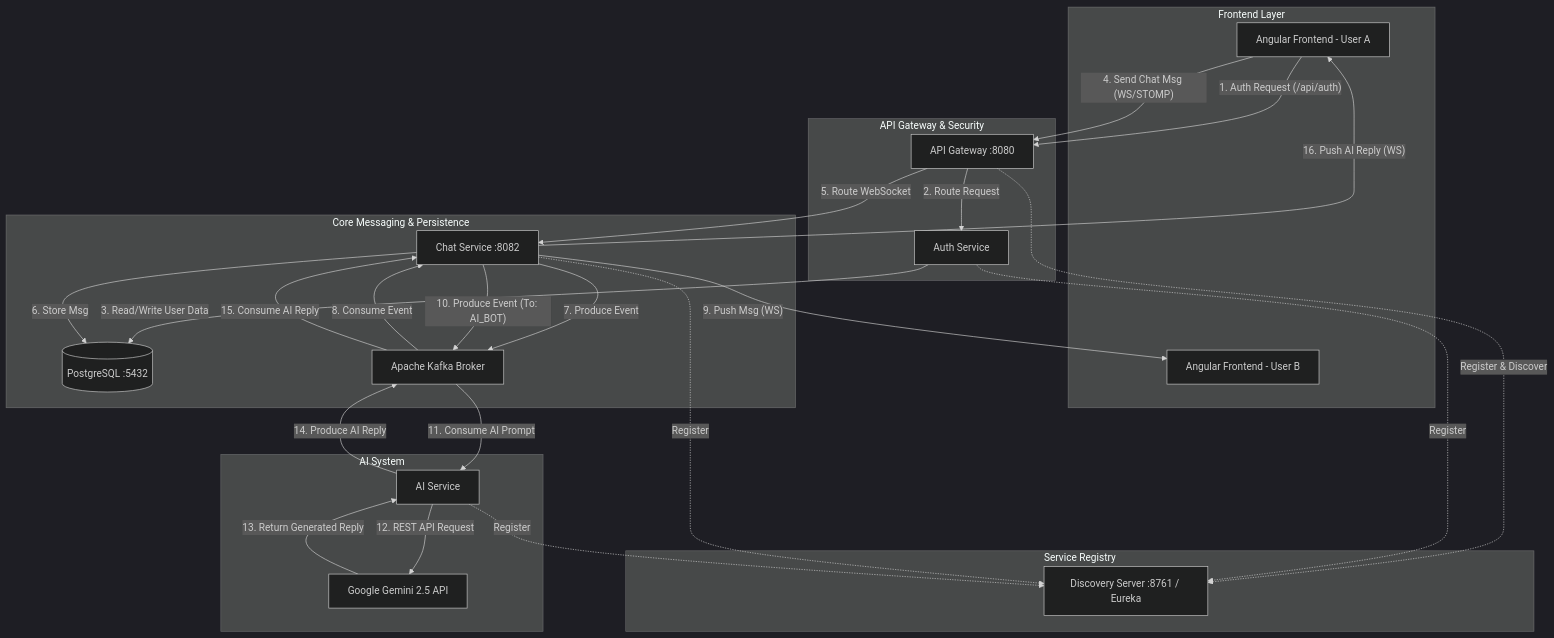
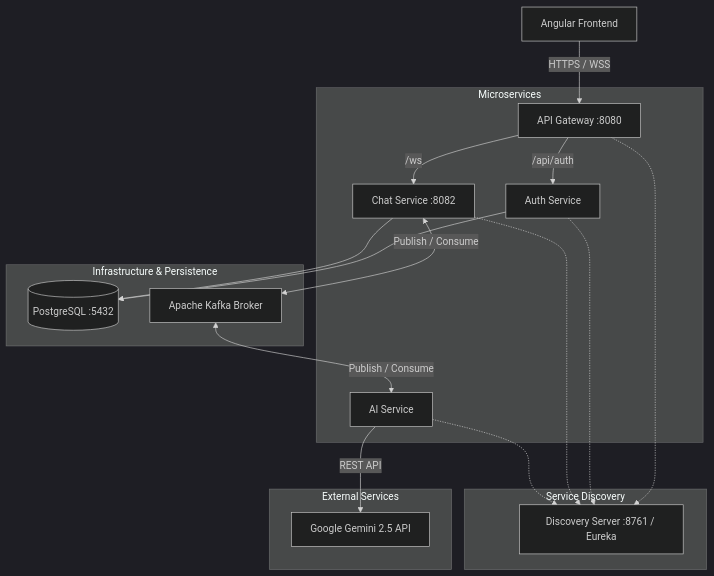
Before and after one commit to Shivam25032000/chat-app: the first of 2 diagrams in README.md, drawn with Mermaid (dark theme). The commit also changed other lines of this file, not shown here.

Commit message:
simplified flow e2e

````diff
--- a/README.md
+++ b/README.md
@@ -39,55 +41,32 @@
 ```mermaid
 graph TD
-    subgraph "Frontend Layer"
-        UserA[Angular Frontend - User A]
-        UserB[Angular Frontend - User B]
+    Client[Angular Frontend] -->|HTTPS / WSS| Gateway[API Gateway :8080]
+    
+    subgraph "Microservices"
+        Gateway -->|/api/auth| Auth[Auth Service]
+        Gateway -->|/ws| Chat[Chat Service :8082]
+        AIService[AI Service]
     end
 
-    subgraph "Service Registry"
+    subgraph "Service Discovery"
         Eureka[Discovery Server :8761 / Eureka]
+        Gateway -.-> Eureka
+        Auth -.-> Eureka
+        Chat -.-> Eureka
+        AIService -.-> Eureka
     end
 
-    subgraph "API Gateway & Security"
-        Gateway[API Gateway :8080]
-        Auth[Auth Service]
+    subgraph "Infrastructure & Persistence"
+        DB[(PostgreSQL :5432)]
+        Kafka[Apache Kafka Broker]
+        Auth --> DB
+        Chat --> DB
+        Chat <-->|"Publish / Consume"| Kafka
+        Kafka <-->|"Publish / Consume"| AIService
     end
 
-    subgraph "Core Messaging & Persistence"
-        Chat[Chat Service :8082]
-        DB[(PostgreSQL :5432)]
-        Kafka[Apache Kafka Broker]
+    subgraph "External Services"
+        Gemini[Google Gemini 2.5 API]
+        AIService -->|"REST API"| Gemini
     end
-
-    subgraph "AI System"
-        AIService[AI Service]
-        Gemini[Google Gemini 2.5 API]
-    end
-
-    %% Service Registration & Discovery
-    Gateway -.->|"Register & Discover"| Eureka
-    Auth -.->|"Register"| Eureka
-    Chat -.->|"Register"| Eureka
-    AIService -.->|"Register"| Eureka
-
-    %% Flow 1: Authentication
-    UserA -->|"1. Auth Request (/api/auth)"| Gateway
-    Gateway -->|"2. Route Request"| Auth
-    Auth -->|"3. Read/Write User Data"| DB
-
-    %% Flow 2: Human-to-Human Messaging
-    UserA -->|"4. Send Chat Msg (WS/STOMP)"| Gateway
-    Gateway -->|"5. Route WebSocket"| Chat
-    Chat -->|"6. Store Msg"| DB
-    Chat -->|"7. Produce Event"| Kafka
-    Kafka -->|"8. Consume Event"| Chat
-    Chat -->|"9. Push Msg (WS)"| UserB
-
-    %% Flow 3: Human-to-AI Messaging (recipient: AI_BOT)
-    Chat -->|"10. Produce Event (To: AI_BOT)"| Kafka
-    Kafka -->|"11. Consume AI Prompt"| AIService
-    AIService -->|"12. REST API Request"| Gemini
-    Gemini -->|"13. Return Generated Reply"| AIService
-    AIService -->|"14. Produce AI Reply"| Kafka
-    Kafka -->|"15. Consume AI Reply"| Chat
-    Chat -->|"16. Push AI Reply (WS)"| UserA
 ```
````
